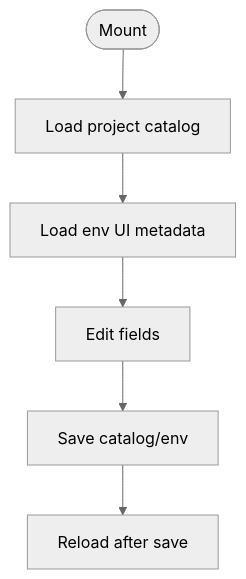
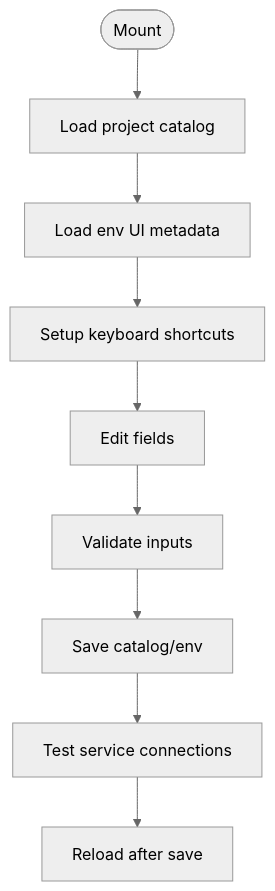
Before and after one commit to Glimora-X/work-helper: the seventh of 13 diagrams in .qoder/repowiki/en/content/Frontend Application Architecture/Page Components.md, drawn with Mermaid (neutral theme). The commit also changed other lines of this file and 11 other files, not shown here.

````diff
--- a/.qoder/repowiki/en/content/Frontend Application Architecture/Page Components.md
+++ b/.qoder/repowiki/en/content/Frontend Application Architecture/Page Components.md
@@ -283,8 +290,11 @@
 ```mermaid
 flowchart TD
 Init(["Mount"]) --> LoadCat["Load project catalog"]
 LoadCat --> LoadEnv["Load env UI metadata"]
-LoadEnv --> Edit["Edit fields"]
-Edit --> Save["Save catalog/env"]
-Save --> Reload["Reload after save"]
+LoadEnv --> SetupShortcuts["Setup keyboard shortcuts"]
+SetupShortcuts --> Edit["Edit fields"]
+Edit --> Validate["Validate inputs"]
+Validate --> Save["Save catalog/env"]
+Save --> TestConn["Test service connections"]
+TestConn --> Reload["Reload after save"]
 ```
````
